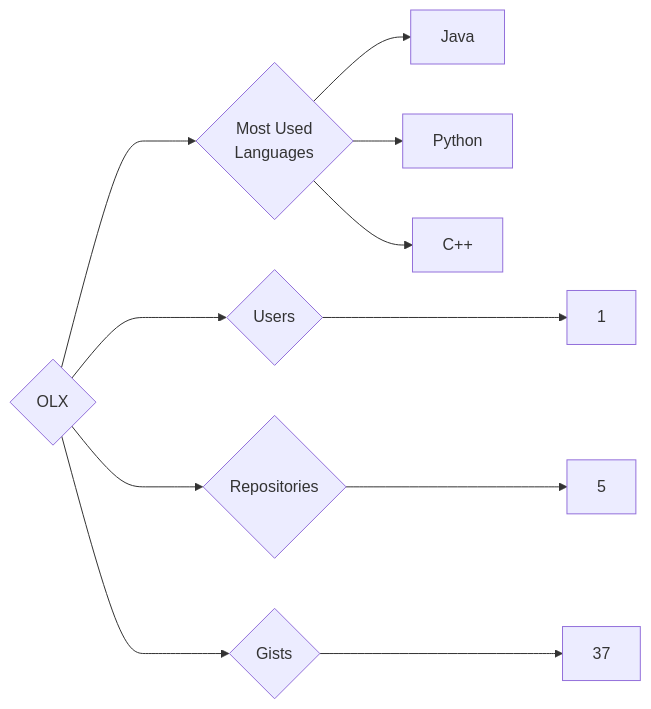
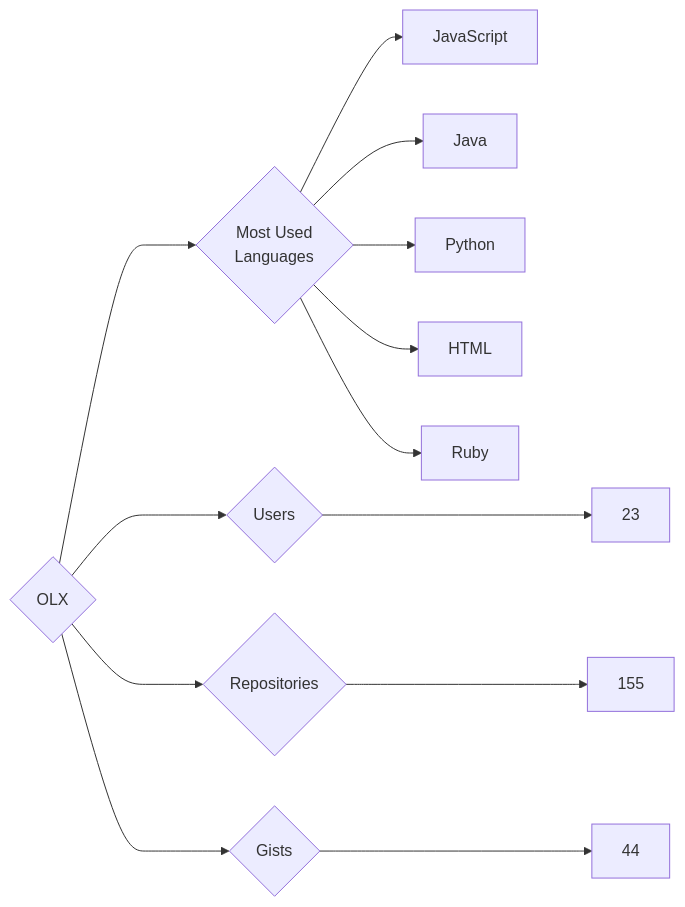
One commit to trickest/insiders changed the diagram in targets/OLX/README.md. Above: the diagram before and after it, drawn with Mermaid. The commit also changed 912 other files, not shown here.

````diff
--- a/targets/OLX/README.md
+++ b/targets/OLX/README.md
@@ -3,11 +3,13 @@
 ```mermaid
 graph LR
 COMPANY_NAME{OLX}
-COMPANY_NAME ---> U{Users} ---> UN[1]
-COMPANY_NAME ---> R{Repositories} ---> RN[5]
-COMPANY_NAME ---> G{Gists} ---> GN[37]
+COMPANY_NAME ---> U{Users} ---> UN[23]
+COMPANY_NAME ---> R{Repositories} ---> RN[155]
+COMPANY_NAME ---> G{Gists} ---> GN[44]
 COMPANY_NAME ---> ML{Most Used<br>Languages}
+ML --> JavaScript[JavaScript]
 ML --> Java[Java]
 ML --> Python[Python]
-ML --> C++[C++]
+ML --> HTML[HTML]
+ML --> Ruby[Ruby]
 ```
````
